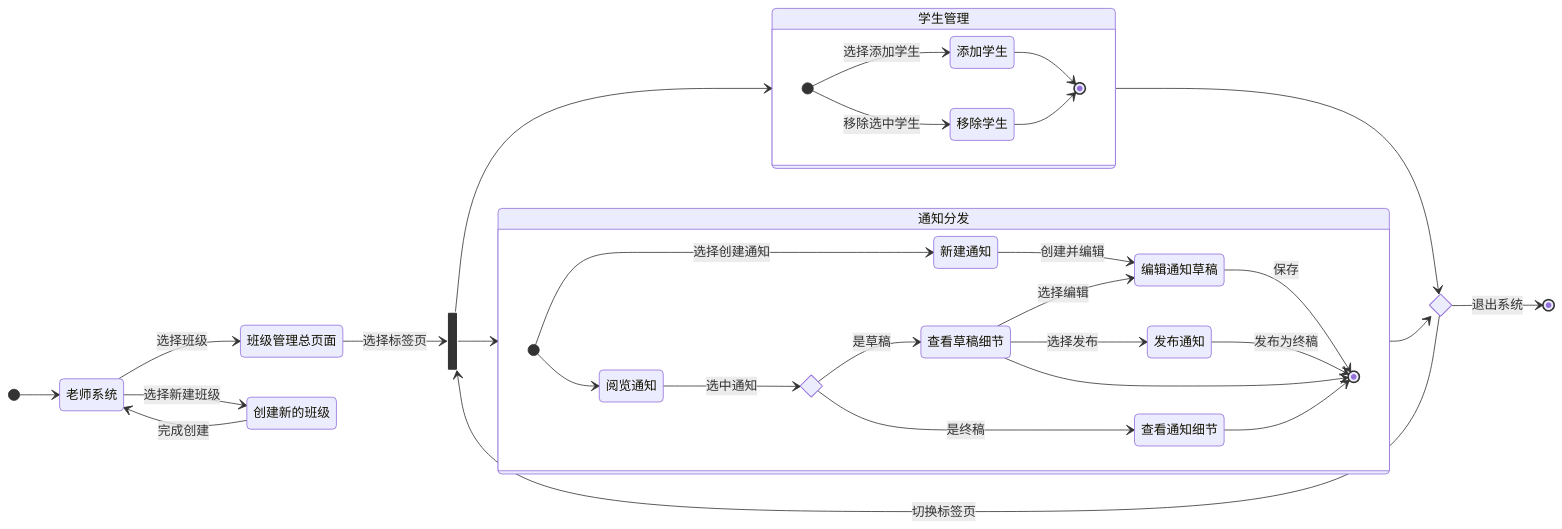
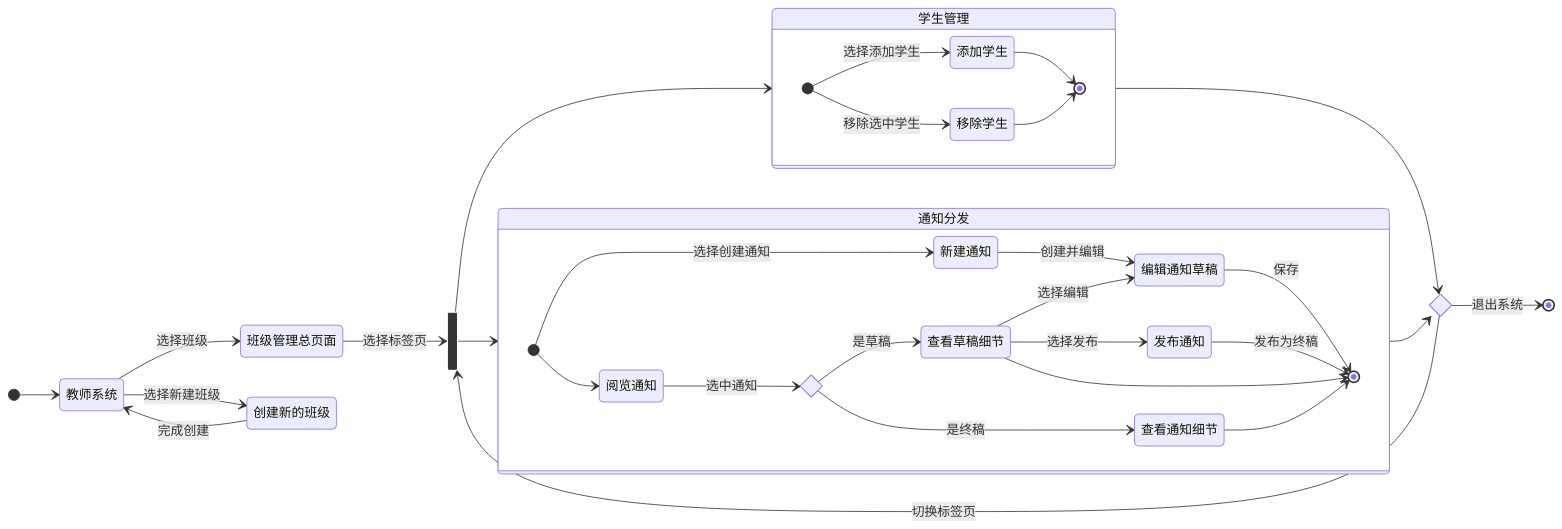
One commit to Group-Lynx/grid changed the diagram in doc/need-anal/state-tch.mmd. Above: the diagram before and after it, drawn with Mermaid. The commit also changed 5 other files, not shown here.

```diff
--- a/doc/need-anal/state-tch.mmd
+++ b/doc/need-anal/state-tch.mmd
@@ -1,49 +1,49 @@
 stateDiagram-v2
 direction LR
-    [*] --> 老师系统
+    [*] --> 教师系统
 
-    老师系统 --> 班级管理总页面: 选择班级
-    老师系统 --> 创建新的班级: 选择新建班级
-    创建新的班级 --> 老师系统: 完成创建
+    教师系统 --> 班级管理总页面: 选择班级
+    教师系统 --> 创建新的班级: 选择新建班级
+    创建新的班级 --> 教师系统: 完成创建
 
     state ChooseTab <<fork>>
     班级管理总页面 --> ChooseTab: 选择标签页
 
     state 学生管理 {
         direction LR
 
         [*] --> 添加学生: 选择添加学生
         [*] --> 移除学生: 移除选中学生
         
         添加学生 --> [*]
         移除学生 --> [*]
     }
     state 通知分发 {
         direction LR
 
         [*] --> 阅览通知
         [*] --> 新建通知: 选择创建通知
         新建通知 --> 编辑通知草稿: 创建并编辑
 
         state MsgBranch <<choice>>
         阅览通知 --> MsgBranch: 选中通知
         MsgBranch --> 查看草稿细节: 是草稿
         查看草稿细节 --> 编辑通知草稿: 选择编辑
         查看草稿细节 --> 发布通知: 选择发布
         编辑通知草稿 --> [*]: 保存
         发布通知 --> [*]: 发布为终稿
         查看草稿细节 --> [*]
         MsgBranch --> 查看通知细节: 是终稿
         查看通知细节 --> [*]
         [*]
     }
 
     ChooseTab --> 学生管理
     ChooseTab --> 通知分发
 
     state FinalBranch <<choice>>
     FinalBranch --> ChooseTab: 切换标签页
     FinalBranch --> [*]: 退出系统
 
     学生管理 --> FinalBranch
     通知分发 --> FinalBranch
```
